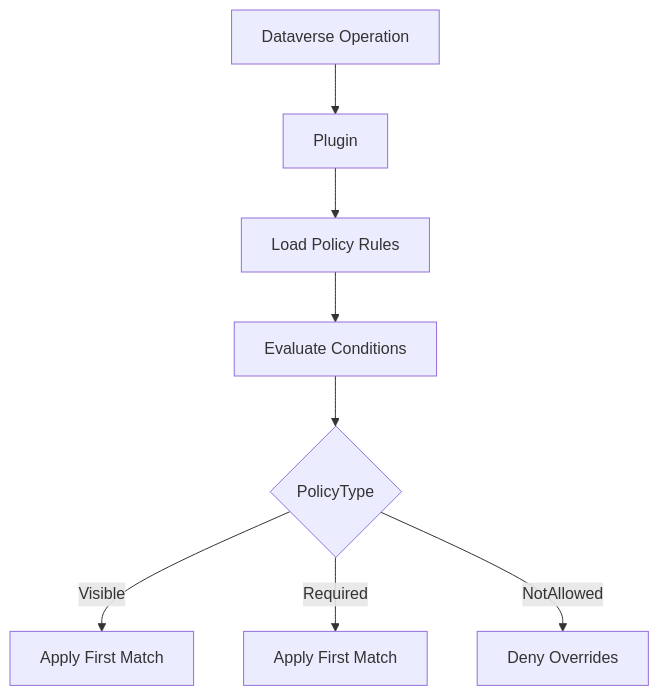
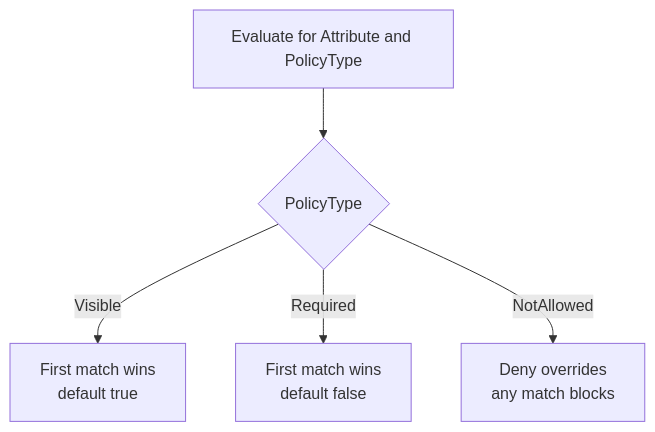
One commit to blakeZTL/dataverse-policy-engine-v2 changed the second of 2 diagrams in docs/architecture/PolicyEngine-v1.md. Above: the diagram before and after it, drawn with Mermaid. The commit also changed other lines of this file and 2 other files, not shown here.

First line of the commit message:
Expand and restructure Policy Engine documentation

````diff
--- a/docs/architecture/PolicyEngine-v1.md
+++ b/docs/architecture/PolicyEngine-v1.md
@@ -217,10 +260,7 @@
 ```mermaid
-flowchart TD
-    A[Dataverse Operation] --> B[Plugin]
-    B --> C[Load Policy Rules]
-    C --> D[Evaluate Conditions]
-    D --> E{PolicyType}
-    E -->|Visible| F[Apply First Match]
-    E -->|Required| G[Apply First Match]
-    E -->|NotAllowed| H[Deny Overrides]
+flowchart TD   
+    A[Evaluate for Attribute and PolicyType] --> B{PolicyType}
+    B -->|Visible| C[First match wins<br/>default true]
+    B -->|Required| D[First match wins<br/>default false]
+    B -->|NotAllowed| E[Deny overrides<br/>any match blocks]
 ```
````
